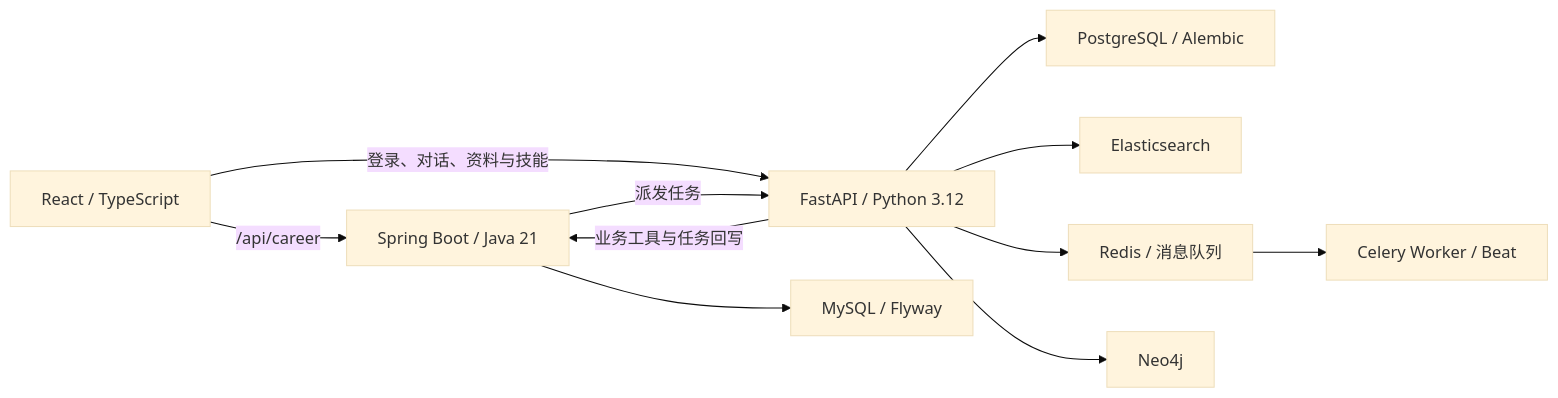
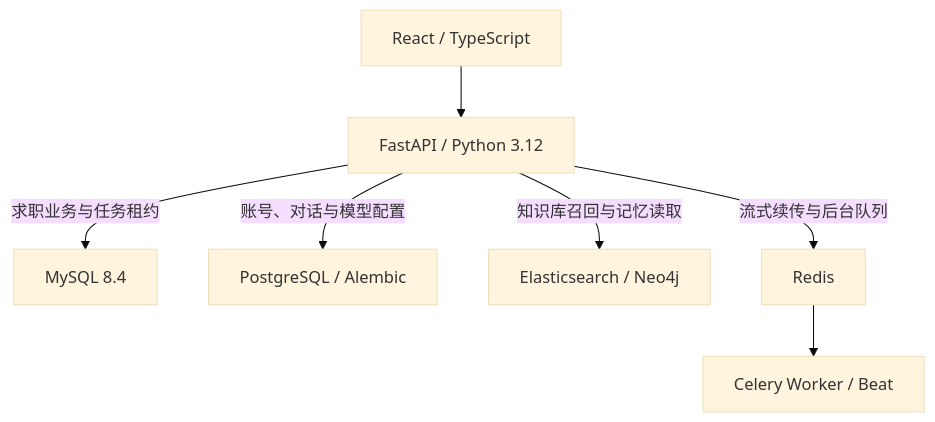
Before and after one commit to JonyChuang/Search_Agent: the diagram in README.md, drawn with Mermaid (base theme). The commit also changed other lines of this file and 64 other files, not shown here.

Commit message:
feat: migrate career backend to Python and add adaptive training

````diff
--- a/README.md
+++ b/README.md
@@ -72,13 +72,9 @@
 ```mermaid
-flowchart LR
-    UI["React / TypeScript"] -->|"/api/career"| Java["Spring Boot / Java 21"]
-    UI -->|"登录、对话、资料与技能"| Agent["FastAPI / Python 3.12"]
-    Java -->|"派发任务"| Agent
-    Agent -->|"业务工具与任务回写"| Java
-    Java --> DB["MySQL / Flyway"]
-    Agent --> Store["PostgreSQL / Alembic"]
-    Agent --> Search["Elasticsearch"]
-    Agent --> Queue["Redis / 消息队列"]
-    Queue --> Workers["Celery Worker / Beat"]
-    Agent --> Graph["Neo4j"]
+flowchart TD
+    UI["React / TypeScript"] --> API["FastAPI / Python 3.12"]
+    API -->|求职业务与任务租约| Career["MySQL 8.4"]
+    API -->|账号、对话与模型配置| Data["PostgreSQL / Alembic"]
+    API -->|知识库召回与记忆读取| Retrieval["Elasticsearch / Neo4j"]
+    API -->|流式续传与后台队列| Redis["Redis"]
+    Redis --> Workers["Celery Worker / Beat"]
 ```
````
